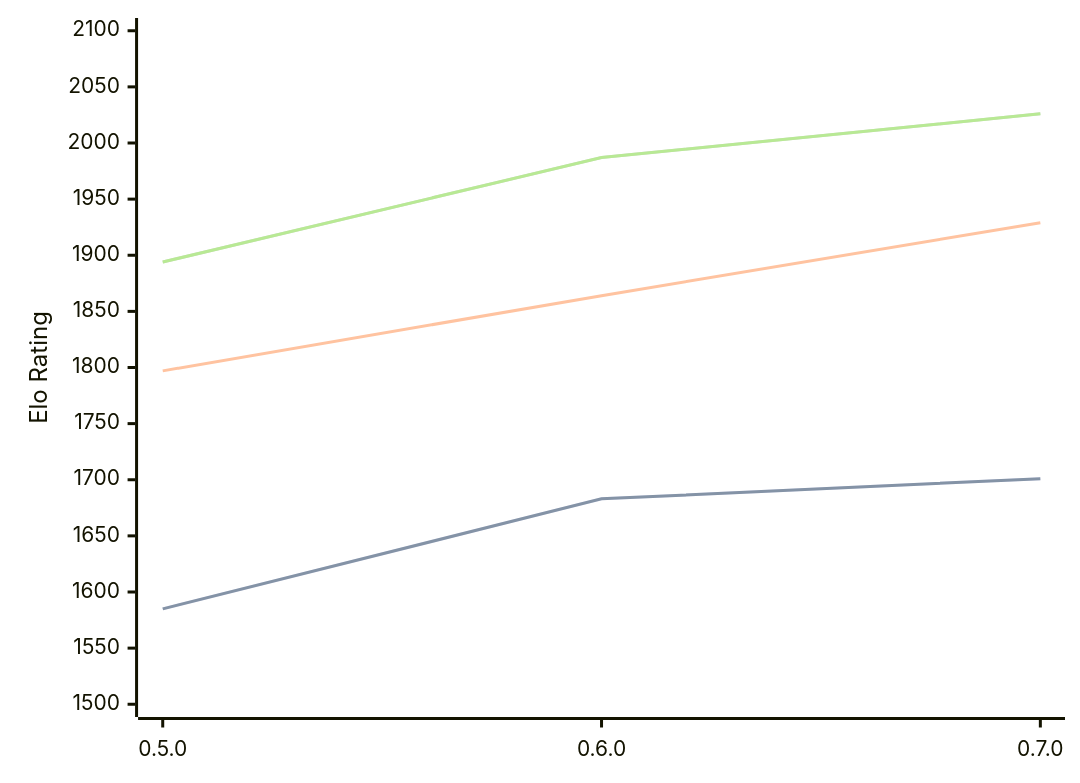
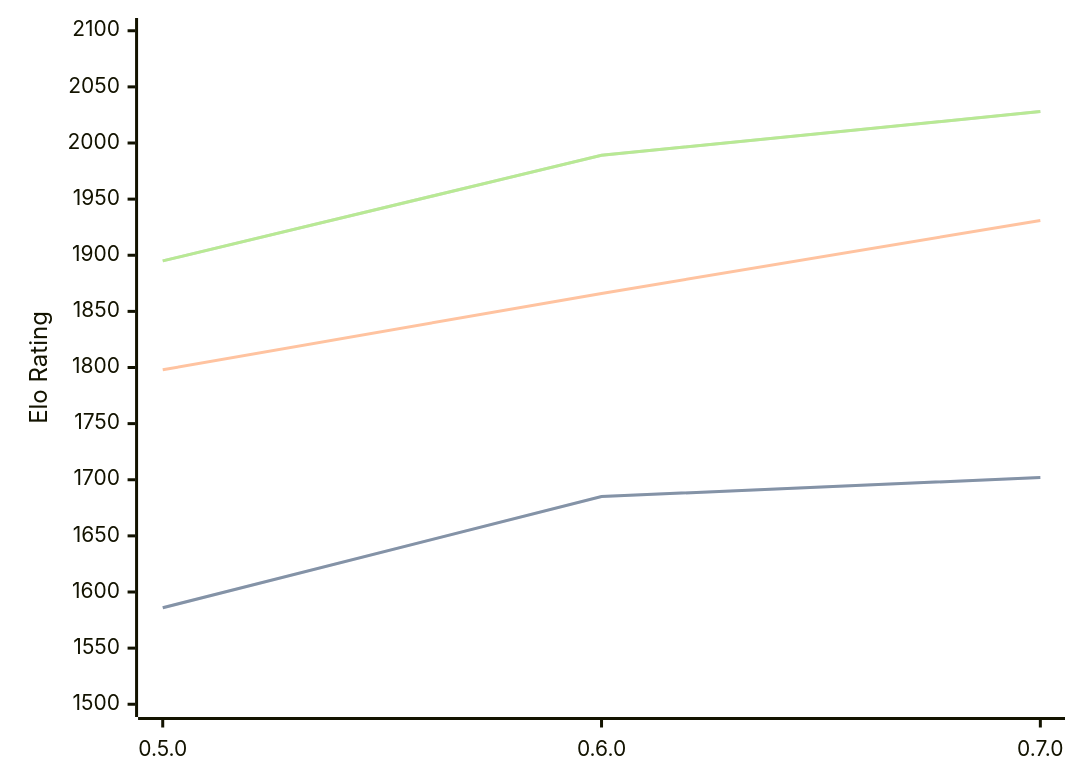
The diagram in engines/Chess-rs.md (computer-chess-index/cci), drawn with Mermaid before and after one commit. The commit also changed other lines of this file, not shown here.

Commit message:
Update CCI Ratings (ELO VLTC) - 2026-10-09

````diff
--- a/engines/Chess-rs.md
+++ b/engines/Chess-rs.md
@@ -33,11 +33,11 @@
 ```mermaid
 %%{init: {"theme":"base","themeVariables":{"seriesColors:['#a3a3a3','#222221','#faa371']}}}%%
 xychart-beta
   x-axis ["0.5.0", "0.6.0", "0.7.0"]
   y-axis "Elo Rating" 1500 --> 2100
-  line "" [1585, 1683, 1701]
-  line "STC (8.0+0.08s)" [1585, 1683, 1701]
-  line "LTC (60.0+0.60s)" [1797, 1864, 1929]
-  line "" [1894, 1987, 2026]
-  line "VLTC (2m24s+1.12s)" [1894, 1987, 2026]
+  line "" [1586, 1685, 1702]
+  line "STC (8.0+0.08s)" [1586, 1685, 1702]
+  line "LTC (60.0+0.60s)" [1798, 1866, 1931]
+  line "" [1895, 1989, 2028]
+  line "VLTC (2m24s+1.12s)" [1895, 1989, 2028]
 ```
````
